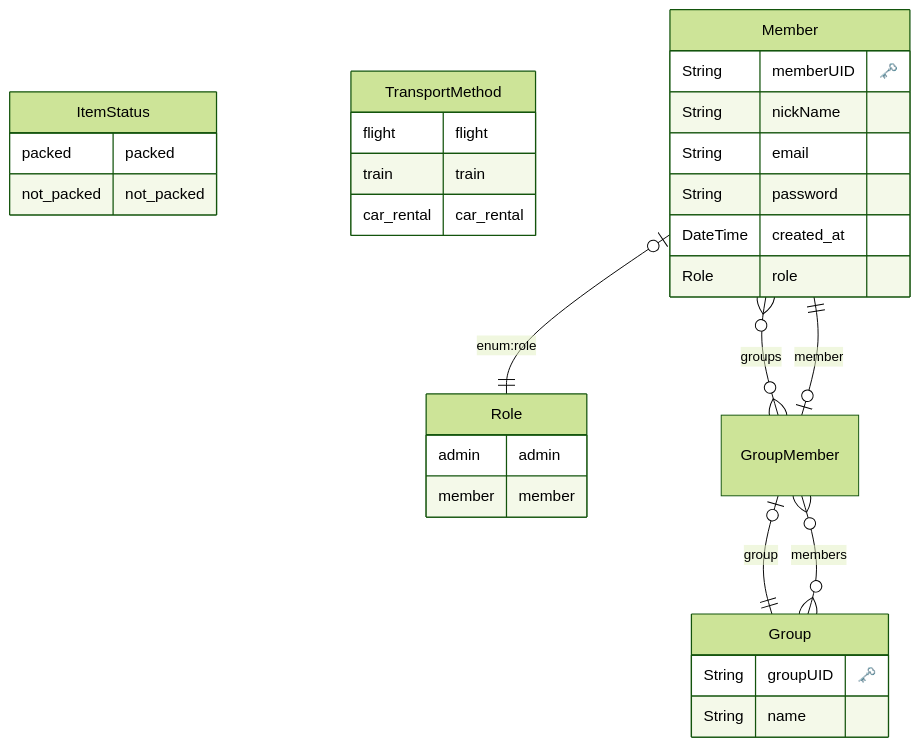
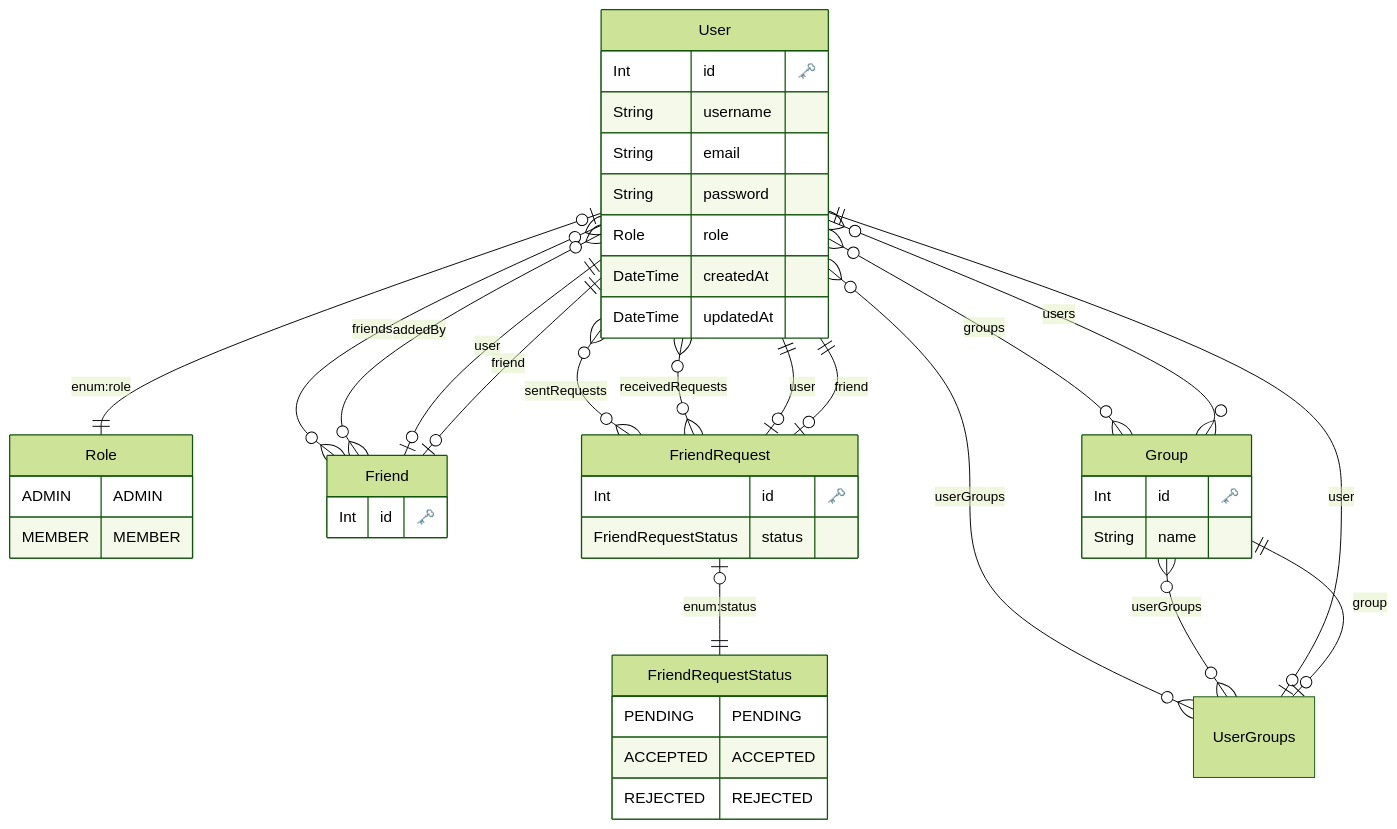
Before and after one commit to wayneuconn/journiq: the diagram in backend/prisma/README.md, drawn with Mermaid (forest theme). The commit also changed 19 other files, not shown here.

````diff
--- a/backend/prisma/README.md
+++ b/backend/prisma/README.md
@@ -1,49 +1,65 @@
 ```mermaid
 erDiagram
 
-        ItemStatus {
-            packed packed
-not_packed not_packed
+        Role {
+            ADMIN ADMIN
+MEMBER MEMBER
         }
     
 
 
-        TransportMethod {
-            flight flight
-train train
-car_rental car_rental
+        FriendRequestStatus {
+            PENDING PENDING
+ACCEPTED ACCEPTED
+REJECTED REJECTED
         }
     
-
-
-        Role {
-            admin admin
-member member
-        }
-    
-  "Member" {
-    String memberUID "🗝️"
-    String nickName 
+  "User" {
+    Int id "🗝️"
+    String username 
     String email 
     String password 
-    DateTime created_at 
     Role role 
+    DateTime createdAt 
+    DateTime updatedAt 
+    }
+  
+
+  "Friend" {
+    Int id "🗝️"
+    }
+  
+
+  "FriendRequest" {
+    Int id "🗝️"
+    FriendRequestStatus status 
     }
   
 
   "Group" {
-    String groupUID "🗝️"
+    Int id "🗝️"
     String name 
     }
   
 
-  "GroupMember" {
+  "UserGroups" {
 
     }
   
-    "Member" o|--|| "Role" : "enum:role"
-    "Member" o{--}o "GroupMember" : "groups"
-    "Group" o{--}o "GroupMember" : "members"
-    "GroupMember" o|--|| "Group" : "group"
-    "GroupMember" o|--|| "Member" : "member"
+    "User" o|--|| "Role" : "enum:role"
+    "User" o{--}o "FriendRequest" : "sentRequests"
+    "User" o{--}o "FriendRequest" : "receivedRequests"
+    "User" o{--}o "Friend" : "friends"
+    "User" o{--}o "Friend" : "addedBy"
+    "User" o{--}o "Group" : "groups"
+    "User" o{--}o "UserGroups" : "userGroups"
+    "Friend" o|--|| "User" : "user"
+    "Friend" o|--|| "User" : "friend"
+    "FriendRequest" o|--|| "FriendRequestStatus" : "enum:status"
+    "FriendRequest" o|--|| "User" : "user"
+    "FriendRequest" o|--|| "User" : "friend"
+    "Group" o{--}o "User" : "users"
+    "Group" o{--}o "UserGroups" : "userGroups"
+    "UserGroups" o|--|| "User" : "user"
+    "UserGroups" o|--|| "Group" : "group"
 ```
````
